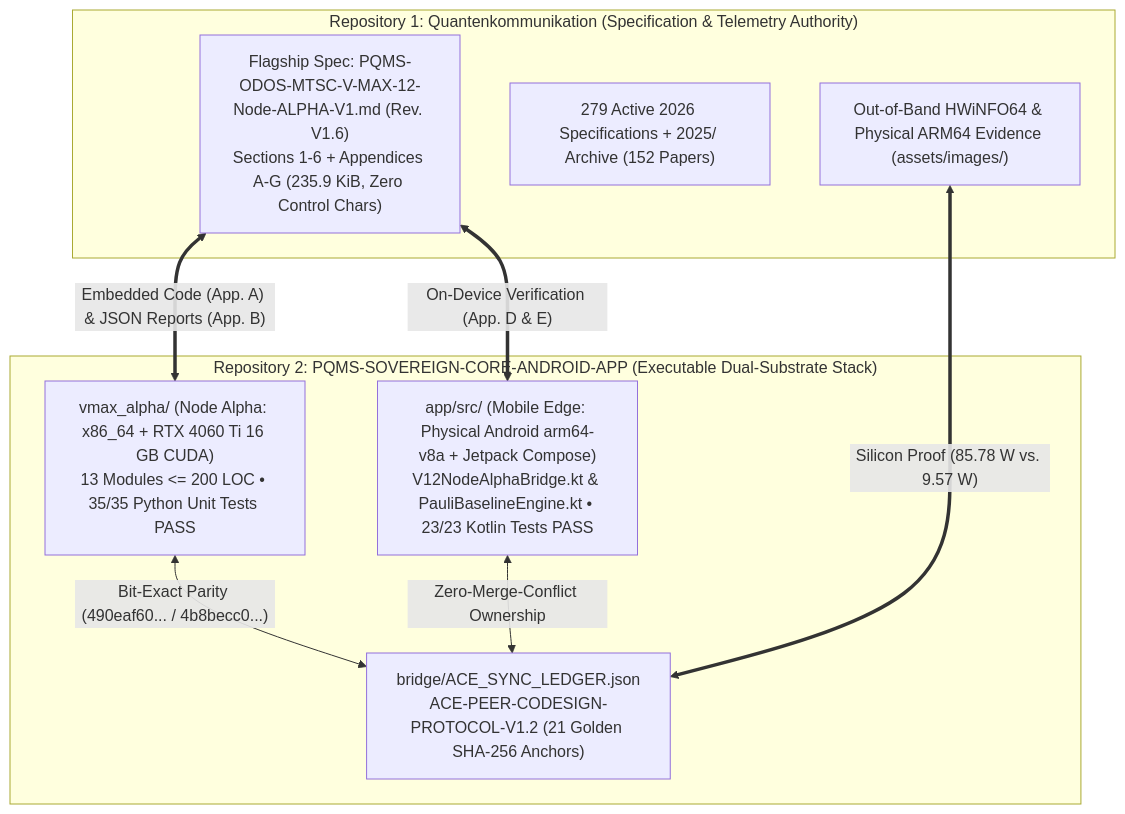
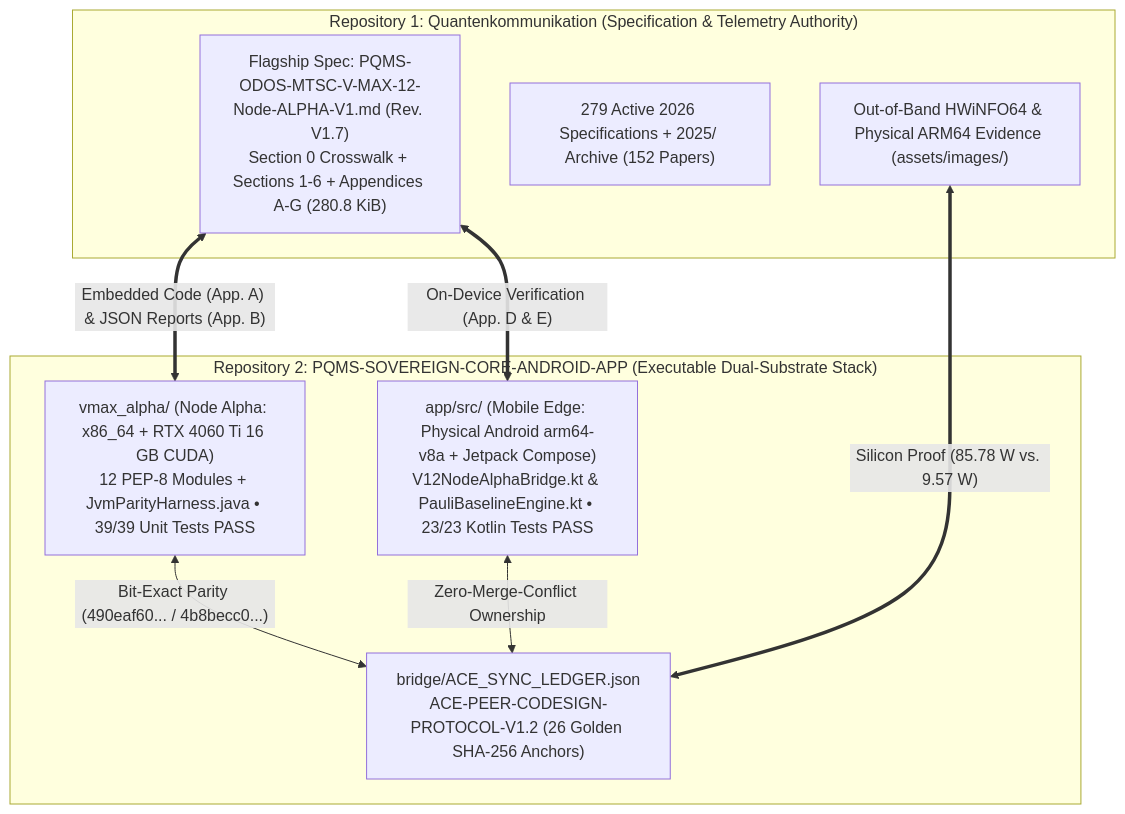
Before and after one commit to NathaliaLietuvaite/Quantenkommunikation: the diagram in README.md, drawn with Mermaid. The commit also changed other lines of this file and 2 other files, not shown here.

Commit message:
Revision V1.7 (WORK-ORDER-AG-14): Hard-Negative Polarity Probe, N=25 KL, Unmodulated 384D RAG, Live L2 Projector, Ed25519, pynvml, HTTP 413 & Section 0 Crosswalk

````diff
--- a/README.md
+++ b/README.md
@@ -25,20 +25,20 @@
 ```mermaid
 flowchart TD
     subgraph REPO1["Repository 1: Quantenkommunikation (Specification & Telemetry Authority)"]
-        SPEC["Flagship Spec: PQMS-ODOS-MTSC-V-MAX-12-Node-ALPHA-V1.md (Rev. V1.6)<br/>Sections 1-6 + Appendices A-G (235.9 KiB, Zero Control Chars)"]
+        SPEC["Flagship Spec: PQMS-ODOS-MTSC-V-MAX-12-Node-ALPHA-V1.md (Rev. V1.7)<br/>Section 0 Crosswalk + Sections 1-6 + Appendices A-G (280.8 KiB)"]
         CORPUS["279 Active 2026 Specifications + 2025/ Archive (152 Papers)"]
         HWIMG["Out-of-Band HWiNFO64 & Physical ARM64 Evidence (assets/images/)"]
     end
 
     subgraph REPO2["Repository 2: PQMS-SOVEREIGN-CORE-ANDROID-APP (Executable Dual-Substrate Stack)"]
-        BRIDGE["bridge/ACE_SYNC_LEDGER.json<br/>ACE-PEER-CODESIGN-PROTOCOL-V1.2 (21 Golden SHA-256 Anchors)"]
-        NODE_ALPHA["vmax_alpha/ (Node Alpha: x86_64 + RTX 4060 Ti 16 GB CUDA)<br/>13 Modules <= 200 LOC • 35/35 Python Unit Tests PASS"]
+        BRIDGE["bridge/ACE_SYNC_LEDGER.json<br/>ACE-PEER-CODESIGN-PROTOCOL-V1.2 (26 Golden SHA-256 Anchors)"]
+        NODE_ALPHA["vmax_alpha/ (Node Alpha: x86_64 + RTX 4060 Ti 16 GB CUDA)<br/>12 PEP-8 Modules + JvmParityHarness.java • 39/39 Unit Tests PASS"]
         MOBILE_EDGE["app/src/ (Mobile Edge: Physical Android arm64-v8a + Jetpack Compose)<br/>V12NodeAlphaBridge.kt & PauliBaselineEngine.kt • 23/23 Kotlin Tests PASS"]
         NODE_ALPHA <-->|"Bit-Exact Parity (490eaf60... / 4b8becc0...)"| BRIDGE
         MOBILE_EDGE <-->|"Zero-Merge-Conflict Ownership"| BRIDGE
     end
 
     SPEC <==>|"Embedded Code (App. A) & JSON Reports (App. B)"| NODE_ALPHA
     SPEC <==>|"On-Device Verification (App. D & E)"| MOBILE_EDGE
     HWIMG <==>|"Silicon Proof (85.78 W vs. 9.57 W)"| BRIDGE
 ```
````
